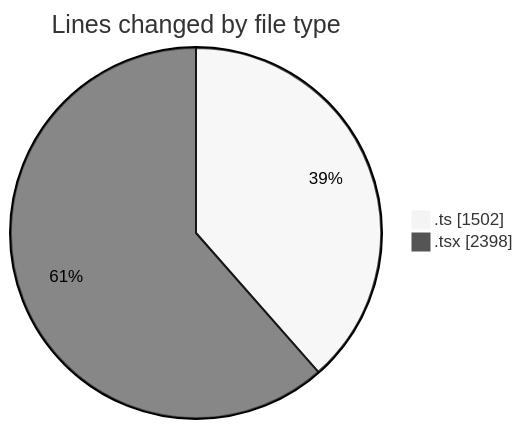
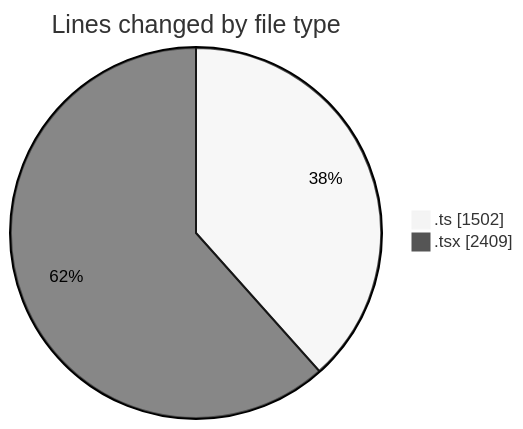
The first of 2 diagrams in 2026-03-04/nxtqube_webapp/README.md (nxtqubesakshisongat/code-tracking), drawn with Mermaid (neutral theme) before and after one commit. The commit also changed other lines of this file and 1 other file, not shown here.

````diff
--- a/2026-03-04/nxtqube_webapp/README.md
+++ b/2026-03-04/nxtqube_webapp/README.md
@@ -26,6 +26,6 @@
 ```mermaid
 pie showData
 title Lines changed by file type
 ".ts" : 1502
-".tsx" : 2398
+".tsx" : 2409
 ```
````
